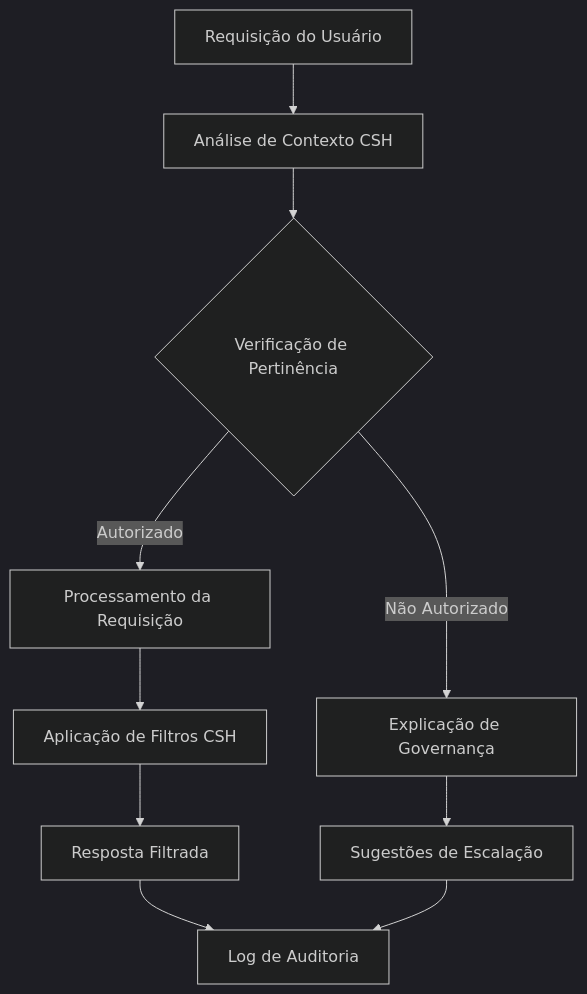
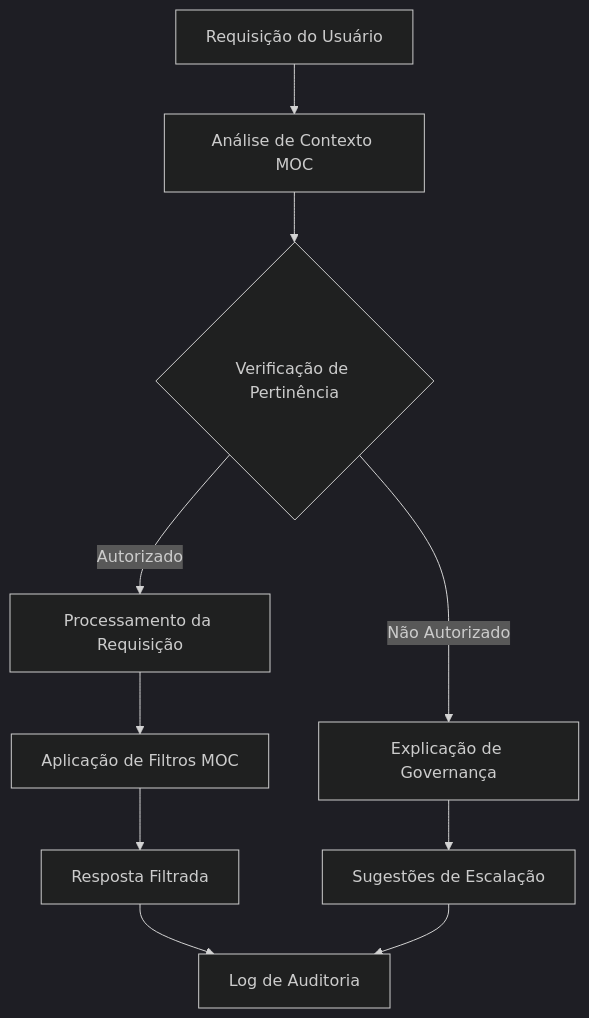
The fourth of 7 diagrams in OIF_OPERATOR_INTELLIGENCE_FRAMEWORK.md (netomantonio/matrix-protocol), drawn with Mermaid (dark theme) before and after one commit. The commit also changed other lines of this file and 15 other files, not shown here.

````diff
--- a/OIF_OPERATOR_INTELLIGENCE_FRAMEWORK.md
+++ b/OIF_OPERATOR_INTELLIGENCE_FRAMEWORK.md
@@ -1193,12 +1193,12 @@
 ```mermaid
 graph TD
-    A[Requisição do Usuário] --> B[Análise de Contexto CSH]
+    A[Requisição do Usuário] --> B[Análise de Contexto MOC]
     B --> C{Verificação de Pertinência}
     C -->|Autorizado| D[Processamento da Requisição]
     C -->|Não Autorizado| E[Explicação de Governança]
-    D --> F[Aplicação de Filtros CSH]
+    D --> F[Aplicação de Filtros MOC]
     F --> G[Resposta Filtrada]
     E --> H[Sugestões de Escalação]
     G --> I[Log de Auditoria]
     H --> I
 ```
````
